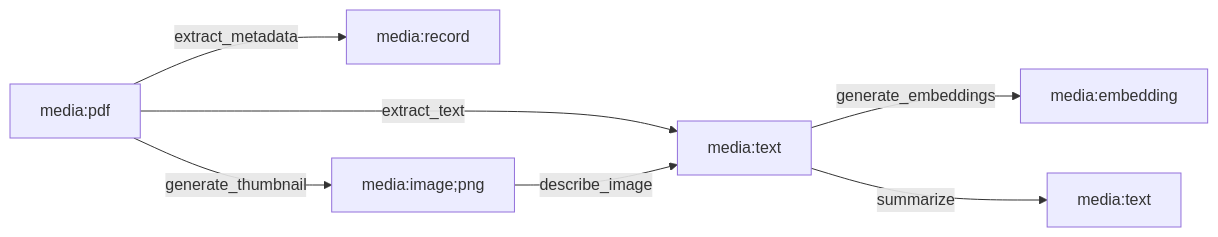
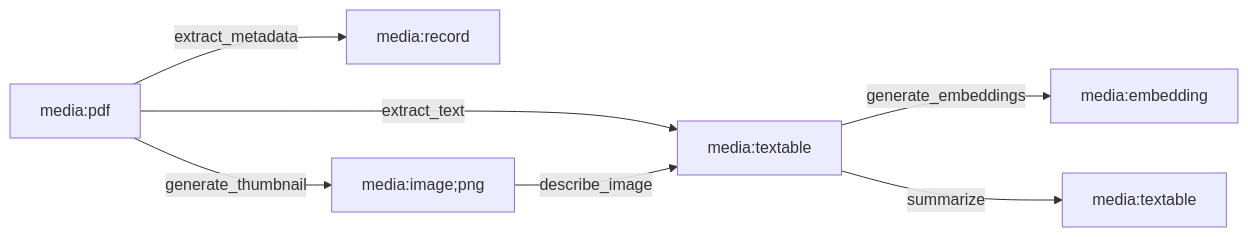
One commit to machinefabric/capdag changed the first of 3 diagrams in docs/15.4-planner.md. Above: the diagram before and after it, drawn with Mermaid. The commit also changed 15 other files, not shown here.

Commit message:
Update documentation to replace 'media:object' with 'media:record' and 'media:text' with 'media:textable' across multiple files for consistency in media URN usage.

````diff
--- a/docs/15.4-planner.md
+++ b/docs/15.4-planner.md
@@ -20,9 +20,9 @@
 ```mermaid
 graph LR
     PDF["media:pdf"] -->|extract_metadata| REC["media:record"]
     PDF -->|generate_thumbnail| IMG["media:image;png"]
-    PDF -->|extract_text| TXT["media:text"]
+    PDF -->|extract_text| TXT["media:textable"]
     TXT -->|generate_embeddings| EMB["media:embedding"]
-    TXT -->|summarize| TXT2["media:text"]
+    TXT -->|summarize| TXT2["media:textable"]
     IMG -->|describe_image| TXT
 ```
````
